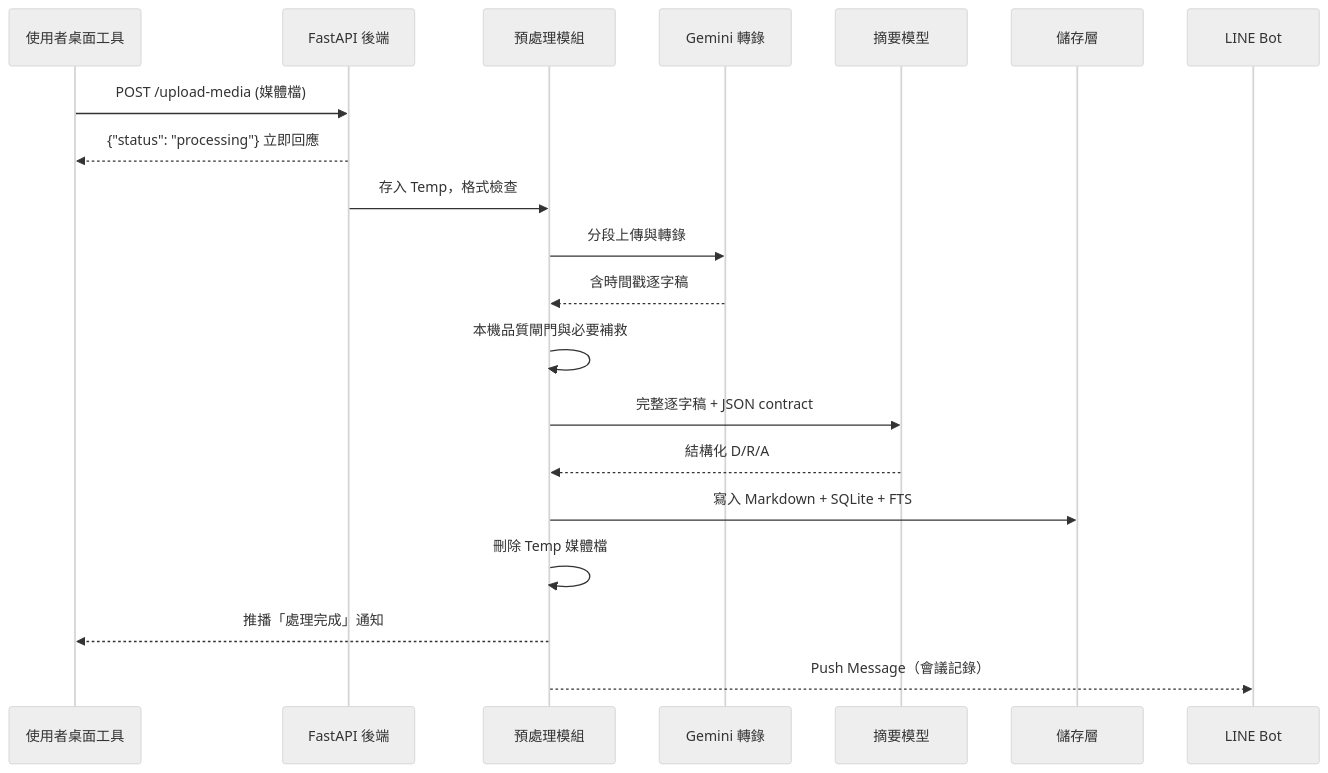
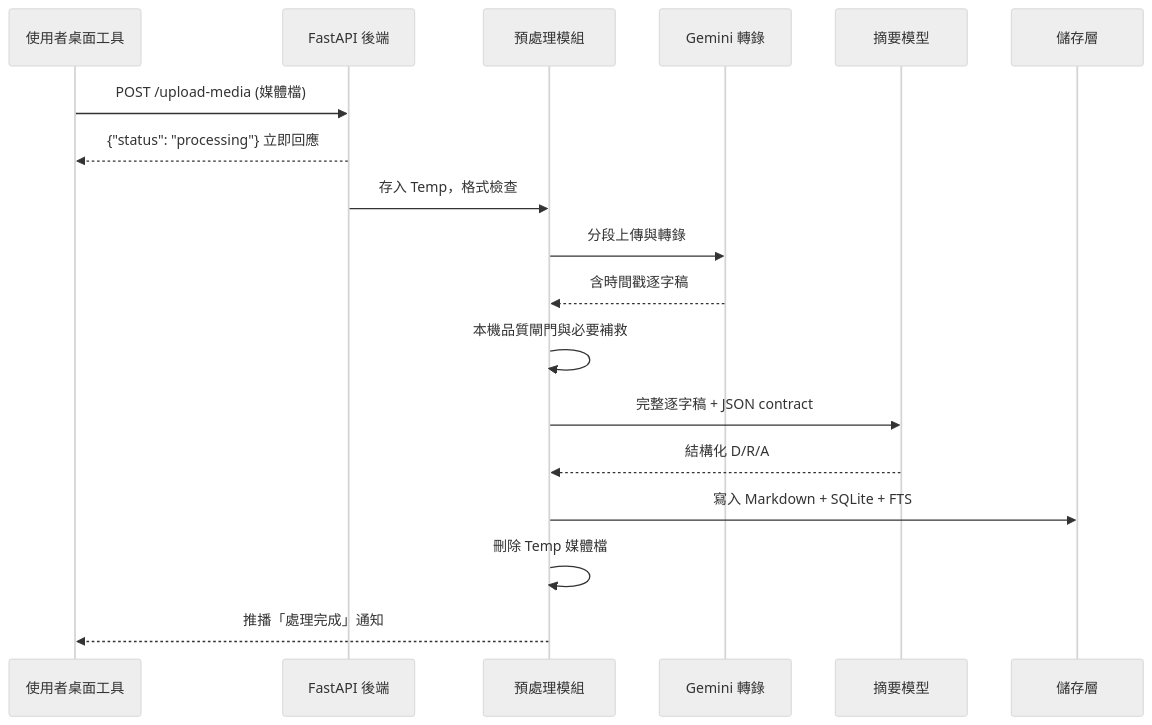
Before and after one commit to balboku/meeting_assistant: the second of 2 diagrams in ARCHITECTURE.md, drawn with Mermaid (neutral theme). The commit also changed other lines of this file and 17 other files, not shown here.

````diff
--- a/ARCHITECTURE.md
+++ b/ARCHITECTURE.md
@@ -193,23 +190,21 @@
 ```mermaid
 sequenceDiagram
     participant U as 使用者桌面工具
     participant API as FastAPI 後端
     participant PROC as 預處理模組
     participant TX as Gemini 轉錄
     participant SUM as 摘要模型
     participant DB as 儲存層
-    participant LINE as LINE Bot
 
     U->>API: POST /upload-media (媒體檔)
     API-->>U: {"status": "processing"} 立即回應
     API->>PROC: 存入 Temp，格式檢查
     PROC->>TX: 分段上傳與轉錄
     TX-->>PROC: 含時間戳逐字稿
     PROC->>PROC: 本機品質閘門與必要補救
     PROC->>SUM: 完整逐字稿 + JSON contract
     SUM-->>PROC: 結構化 D/R/A
     PROC->>DB: 寫入 Markdown + SQLite + FTS
     PROC->>PROC: 刪除 Temp 媒體檔
     PROC-->>U: 推播「處理完成」通知
-    PROC-->>LINE: Push Message（會議記錄）
 ```
````
